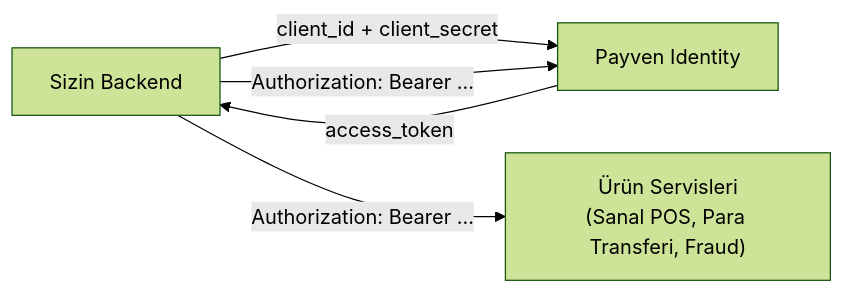
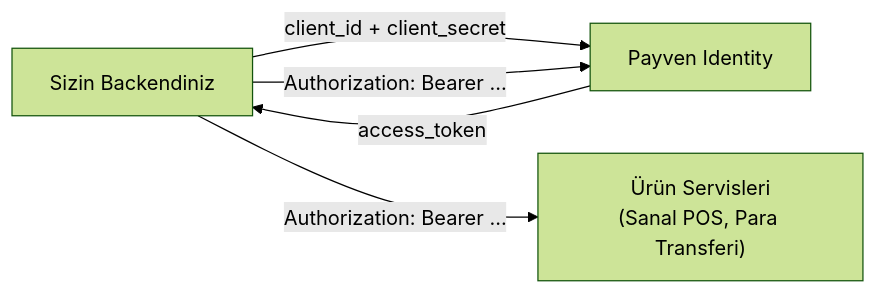
One commit to payment-pos/mintlify changed the diagram in identity/overview.mdx. Above: the diagram before and after it, drawn with Mermaid (forest theme). The commit also changed other lines of this file and 19 other files, not shown here.

````diff
--- a/identity/overview.mdx
+++ b/identity/overview.mdx
@@ -53,7 +53,7 @@
 ```mermaid
 flowchart LR
-    Client["Sizin Backend"] -->|"client_id + client_secret"| ID["Payven Identity"]
+    Client["Sizin Backendiniz"] -->|"client_id + client_secret"| ID["Payven Identity"]
     ID -->|"access_token"| Client
-    Client -->|"Authorization: Bearer ..."| Products["Ürün Servisleri<br/>(Sanal POS, Para Transferi, Fraud)"]
+    Client -->|"Authorization: Bearer ..."| Products["Ürün Servisleri<br/>(Sanal POS, Para Transferi)"]
     Client -->|"Authorization: Bearer ..."| ID
 ```
````
